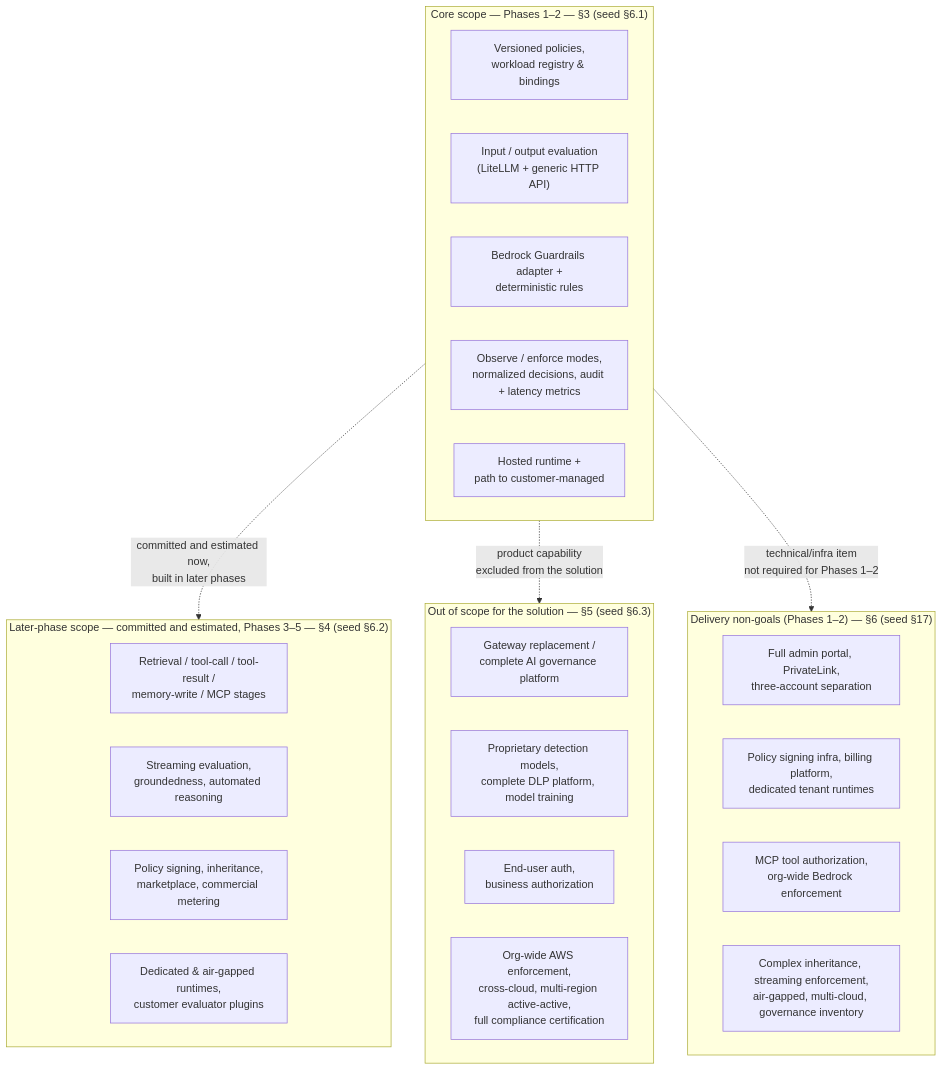
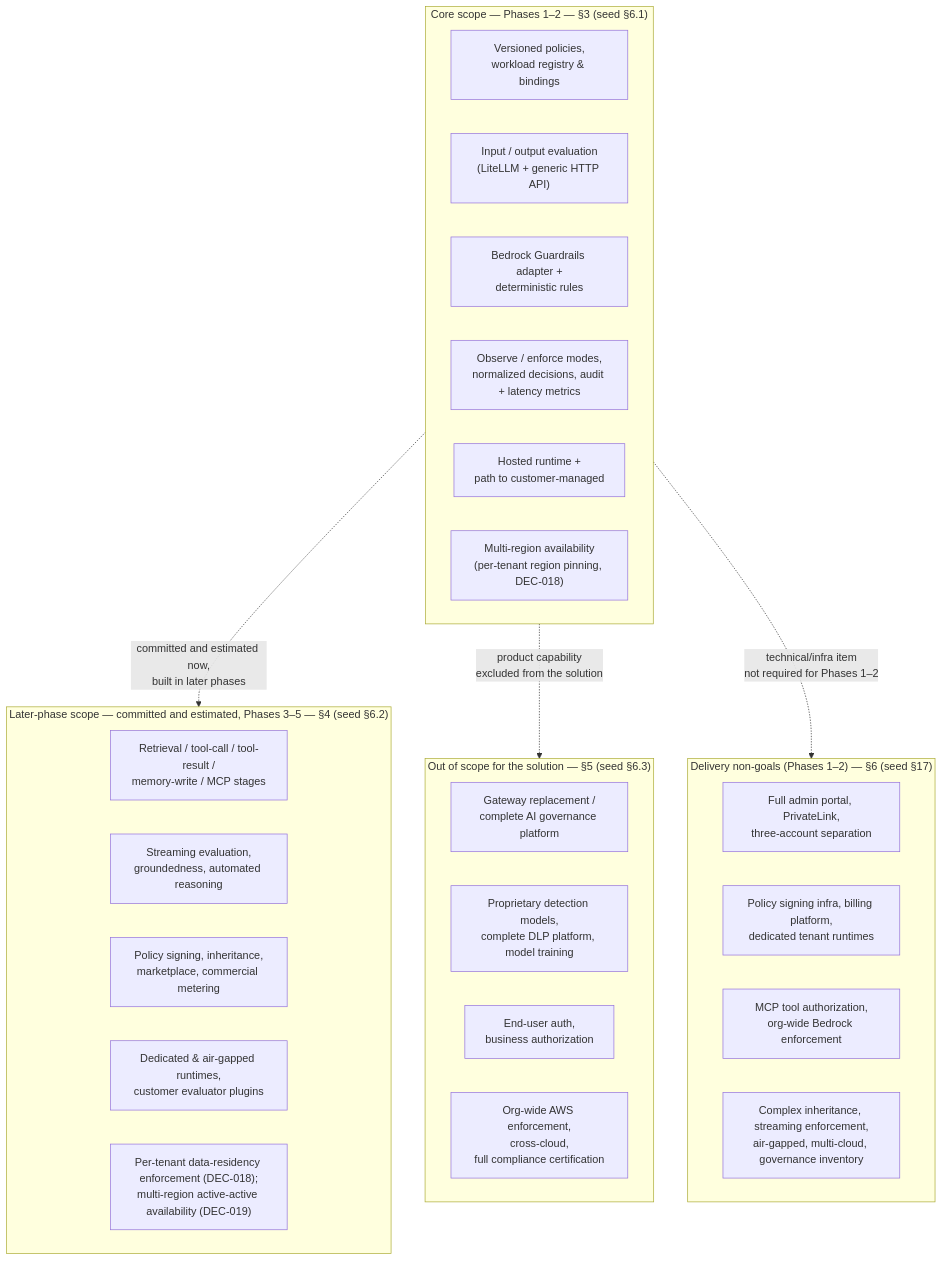
The diagram in solution-docs/10-charter/SCOPE.md (veglezMX/guardrails), drawn with Mermaid before and after one commit. The commit also changed other lines of this file and 2 other files, not shown here.

First line of the commit message:
docs(sot): close AGR-021 gap in traceability, scope+DEC-008 absorb expansions

````diff
--- a/solution-docs/10-charter/SCOPE.md
+++ b/solution-docs/10-charter/SCOPE.md
@@ -49,39 +49,41 @@
 ```mermaid
 flowchart TB
     subgraph CORE["Core scope — Phases 1–2 — §3 (seed §6.1)"]
         direction LR
         A1["Versioned policies,\nworkload registry & bindings"]
         A2["Input / output evaluation\n(LiteLLM + generic HTTP API)"]
         A3["Bedrock Guardrails adapter +\ndeterministic rules"]
         A4["Observe / enforce modes,\nnormalized decisions, audit + latency metrics"]
         A5["Hosted runtime +\npath to customer-managed"]
+        A6["Multi-region availability\n(per-tenant region pinning, DEC-018)"]
     end
 
     subgraph LATER["Later-phase scope — committed and estimated, Phases 3–5 — §4 (seed §6.2)"]
         direction LR
         F1["Retrieval / tool-call / tool-result /\nmemory-write / MCP stages"]
         F2["Streaming evaluation,\ngroundedness, automated reasoning"]
         F3["Policy signing, inheritance,\nmarketplace, commercial metering"]
         F4["Dedicated & air-gapped runtimes,\ncustomer evaluator plugins"]
+        F5["Per-tenant data-residency enforcement (DEC-018);\nmulti-region active-active availability (DEC-019)"]
     end
 
     subgraph OUT["Out of scope for the solution — §5 (seed §6.3)"]
         direction LR
         O1["Gateway replacement /\ncomplete AI governance platform"]
         O2["Proprietary detection models,\ncomplete DLP platform, model training"]
         O3["End-user auth,\nbusiness authorization"]
-        O4["Org-wide AWS enforcement,\ncross-cloud, multi-region active-active,\nfull compliance certification"]
+        O4["Org-wide AWS enforcement,\ncross-cloud,\nfull compliance certification"]
     end
 
     subgraph NONGOALS["Delivery non-goals (Phases 1–2) — §6 (seed §17)"]
         direction LR
         N1["Full admin portal, PrivateLink,\nthree-account separation"]
         N2["Policy signing infra, billing platform,\ndedicated tenant runtimes"]
         N3["MCP tool authorization,\norg-wide Bedrock enforcement"]
         N4["Complex inheritance, streaming enforcement,\nair-gapped, multi-cloud, governance inventory"]
     end
 
     CORE -. "committed and estimated now,\nbuilt in later phases" .-> LATER
     CORE -. "product capability\nexcluded from the solution" .-> OUT
     CORE -. "technical/infra item\nnot required for Phases 1–2" .-> NONGOALS
 ```
````
